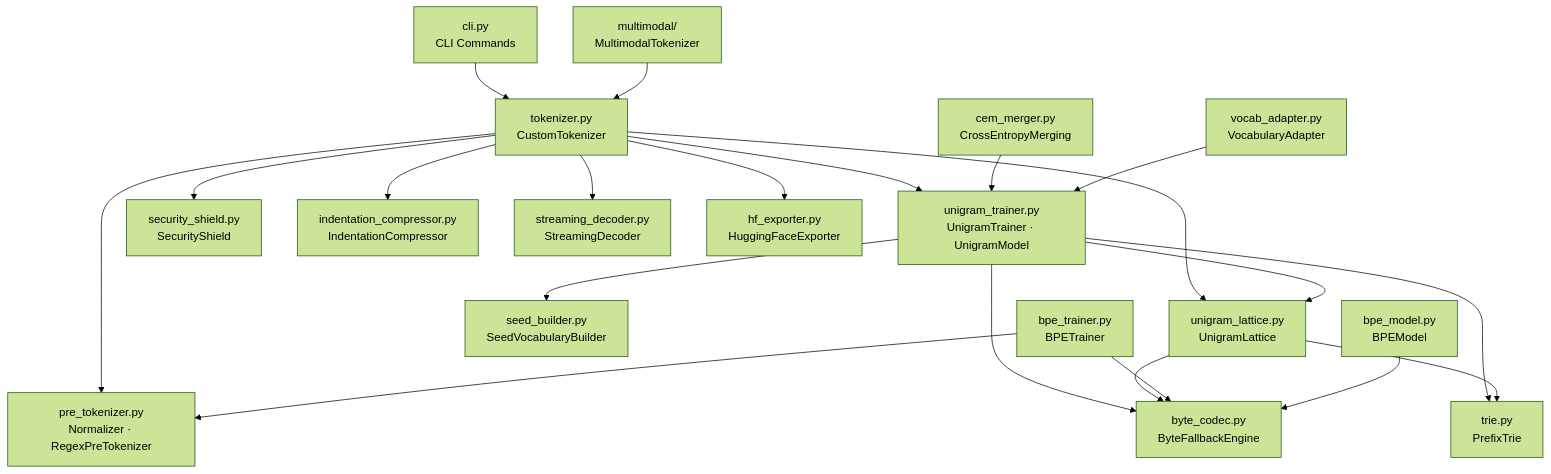
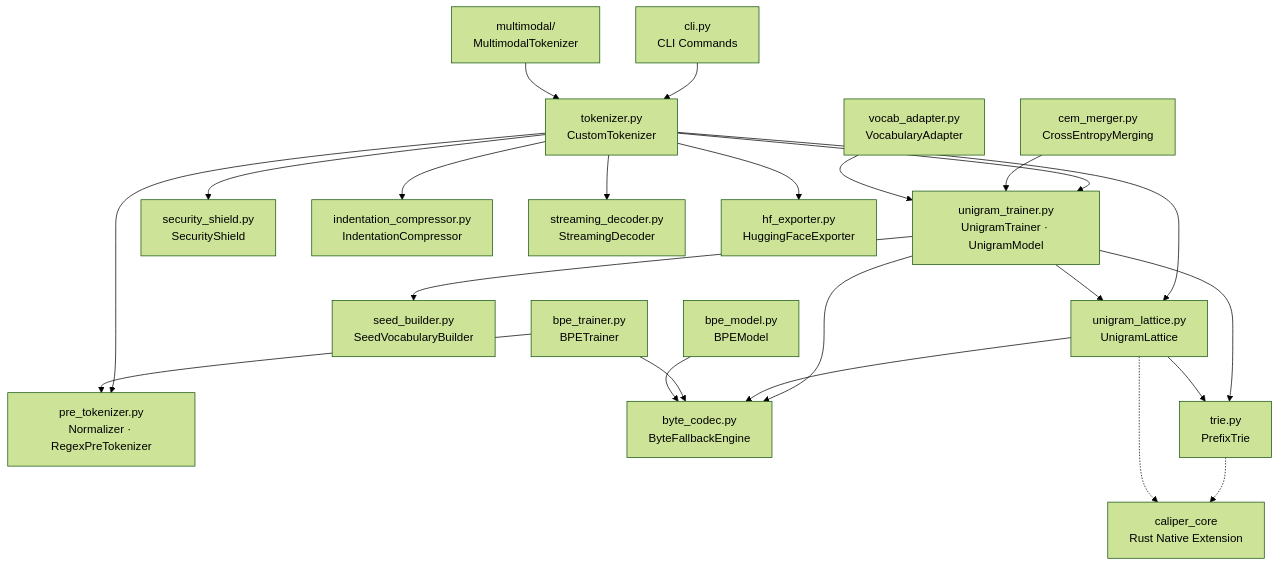
Before and after one commit to DeshikReddy01/UniqToken: the second of 2 diagrams in README.md, drawn with Mermaid (forest theme). The commit also changed other lines of this file and 10 other files, not shown here.

Commit message:
Sprint C & D: Scaffold caliper_core Rust engine and implement downstream mini-transformer pretraining benchmark

````diff
--- a/README.md
+++ b/README.md
@@ -304,27 +312,29 @@
 ```mermaid
 graph TD
     CLI["cli.py<br/>CLI Commands"] --> T["tokenizer.py<br/>CustomTokenizer"]
     T --> N["pre_tokenizer.py<br/>Normalizer · RegexPreTokenizer"]
     T --> UL["unigram_lattice.py<br/>UnigramLattice"]
     T --> UT["unigram_trainer.py<br/>UnigramTrainer · UnigramModel"]
     T --> SS["security_shield.py<br/>SecurityShield"]
     T --> IC["indentation_compressor.py<br/>IndentationCompressor"]
     T --> SD["streaming_decoder.py<br/>StreamingDecoder"]
     T --> HF["hf_exporter.py<br/>HuggingFaceExporter"]
 
     UT --> UL
     UT --> SB["seed_builder.py<br/>SeedVocabularyBuilder"]
     UT --> BC["byte_codec.py<br/>ByteFallbackEngine"]
     UT --> TR["trie.py<br/>PrefixTrie"]
     UL --> BC
     UL --> TR
+    TR -.-> RC["caliper_core<br/>Rust Native Extension"]
+    UL -.-> RC
 
     CEM["cem_merger.py<br/>CrossEntropyMerging"] --> UT
     VA["vocab_adapter.py<br/>VocabularyAdapter"] --> UT
 
     BT["bpe_trainer.py<br/>BPETrainer"] --> BC
     BT --> N
     BM["bpe_model.py<br/>BPEModel"] --> BC
 
     MM["multimodal/<br/>MultimodalTokenizer"] --> T
 ```
````
